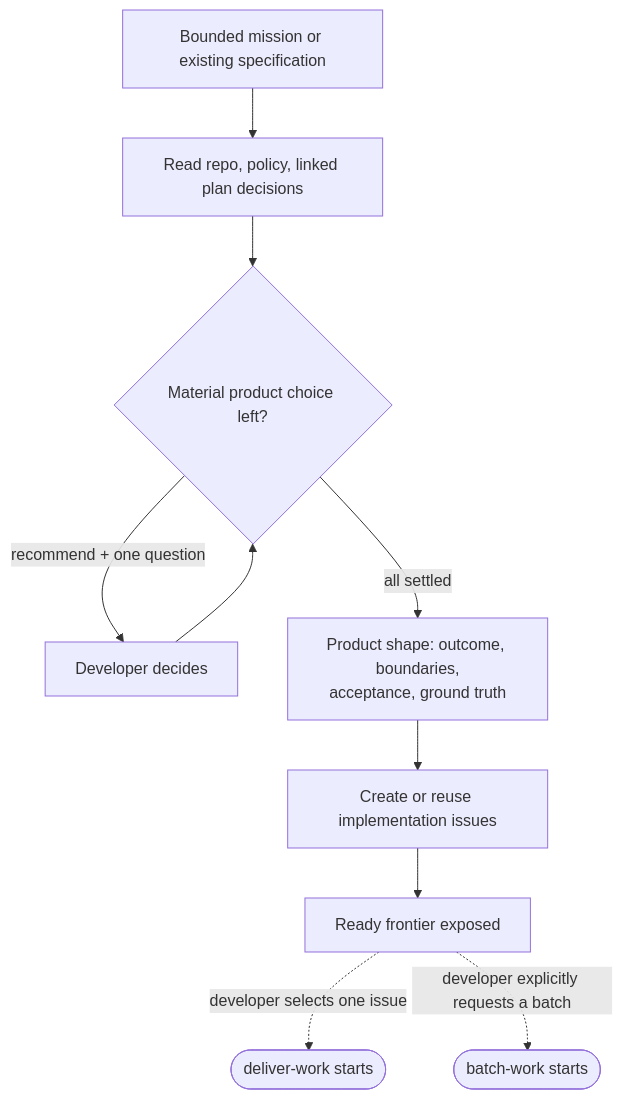
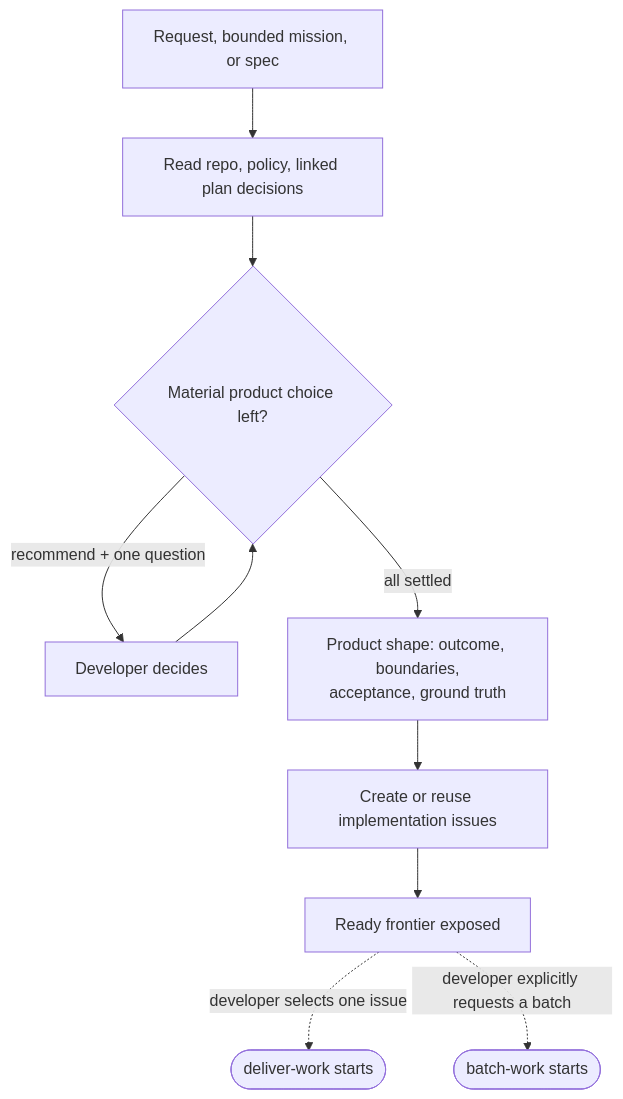
One commit to sockulags/agent-os changed the diagram in docs-site/skills/shape-work.md. Above: the diagram before and after it, drawn with Mermaid. The commit also changed other lines of this file and 28 other files, not shown here.

````diff
--- a/docs-site/skills/shape-work.md
+++ b/docs-site/skills/shape-work.md
@@ -15,12 +22,12 @@
 ```mermaid
 flowchart TD
-    A[Bounded mission or existing specification] --> B[Read repo, policy, linked plan decisions]
+    A[Request, bounded mission, or spec] --> B[Read repo, policy, linked plan decisions]
     B --> C{Material product choice left?}
     C -->|recommend + one question| D[Developer decides]
     D --> C
     C -->|all settled| E[Product shape: outcome, boundaries,<br>acceptance, ground truth]
     E --> F[Create or reuse implementation issues]
     F --> G[Ready frontier exposed]
     G -.->|developer selects one issue| H([deliver-work starts])
     G -.->|developer explicitly requests a batch| I([batch-work starts])
 ```
````
